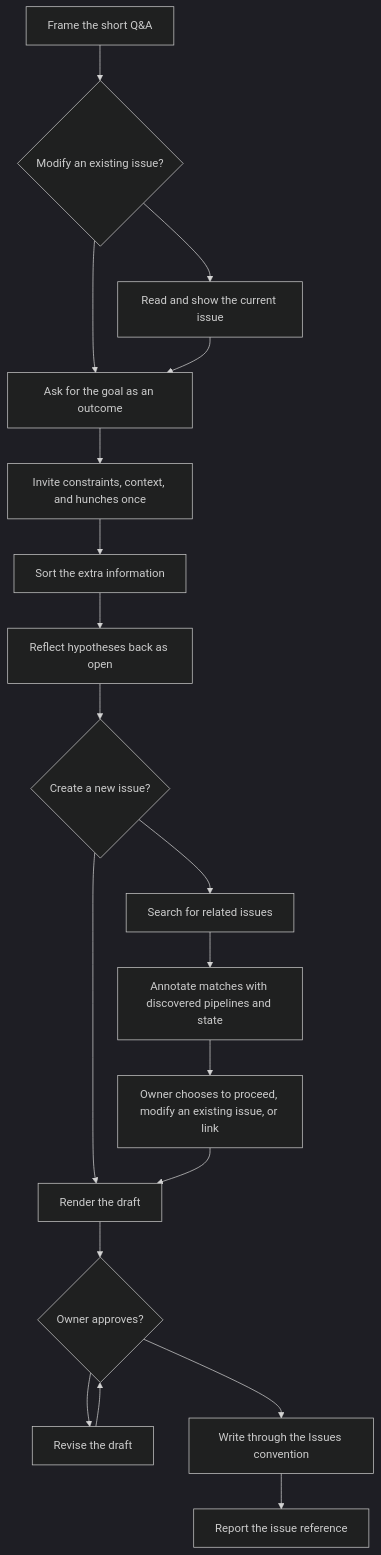
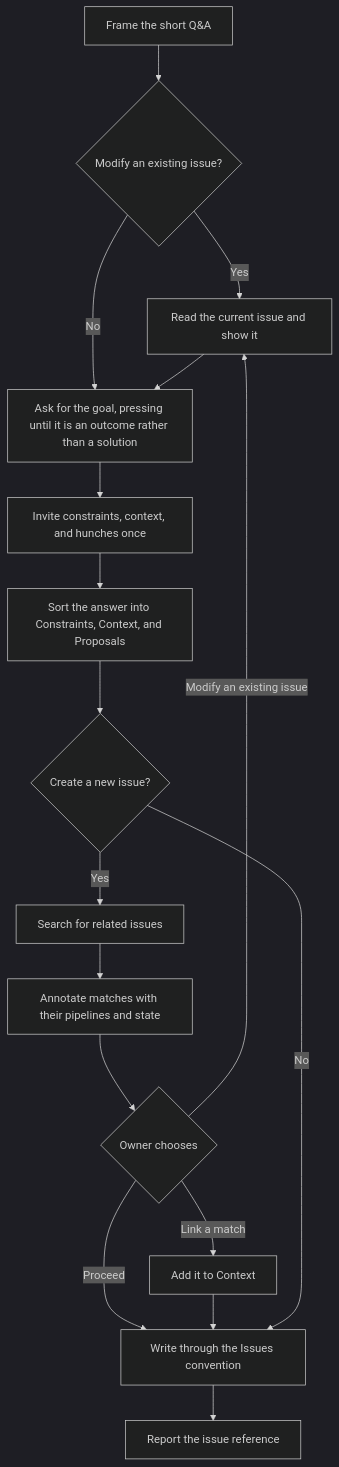
One commit to Automattic/radical-pipelines changed the diagram in docs/flowcharts/manage-issues.md. Above: the diagram before and after it, drawn with Mermaid (dark theme). The commit also changed other lines of this file and 8 other files, not shown here.

Commit message:
Redraw the flowcharts for the v4 loop, threads, and escalation (assisted)

````diff
--- a/docs/flowcharts/manage-issues.md
+++ b/docs/flowcharts/manage-issues.md
@@ -5,21 +5,19 @@
 ```mermaid
 flowchart TD
     A["Frame the short Q&A"] --> B{"Modify an existing issue?"}
-    B --> C["Read and show the current issue"]
-    B --> D["Ask for the goal as an outcome"]
-    C --> D
+    B -->|Yes| C["Read the current issue and show it"]
+    B -->|No| D
+    C --> D["Ask for the goal, pressing until it is an outcome rather than a solution"]
     D --> E["Invite constraints, context, and hunches once"]
-    E --> F["Sort the extra information"]
-    F --> G["Reflect hypotheses back as open"]
-    G --> H{"Create a new issue?"}
-    H --> I["Search for related issues"]
-    H --> K["Render the draft"]
-    I --> IA["Annotate matches with discovered pipelines and state"]
-    IA --> J["Owner chooses to proceed, modify an existing issue, or link"]
-    J --> K
-    K --> L{"Owner approves?"}
-    L --> M["Revise the draft"]
-    M --> L
-    L --> N["Write through the Issues convention"]
+    E --> F["Sort the answer into Constraints, Context, and Proposals"]
+    F --> H{"Create a new issue?"}
+    H -->|Yes| I["Search for related issues"]
+    I --> IA["Annotate matches with their pipelines and state"]
+    IA --> J{"Owner chooses"}
+    J -->|Proceed| N
+    J -->|Link a match| LINK["Add it to Context"]
+    LINK --> N
+    J -->|Modify an existing issue| C
+    H -->|No| N["Write through the Issues convention"]
     N --> O["Report the issue reference"]
 ```
````
